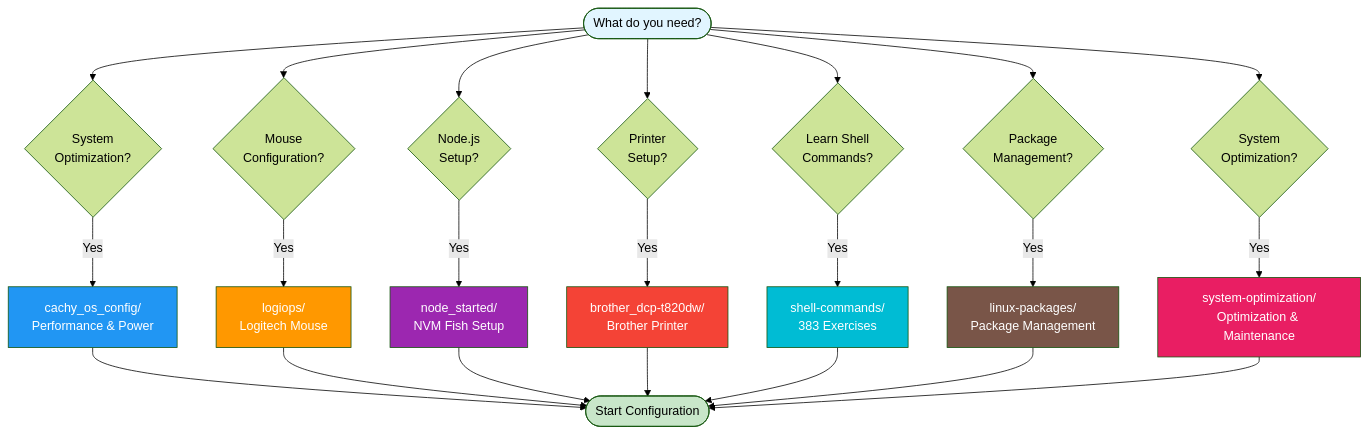
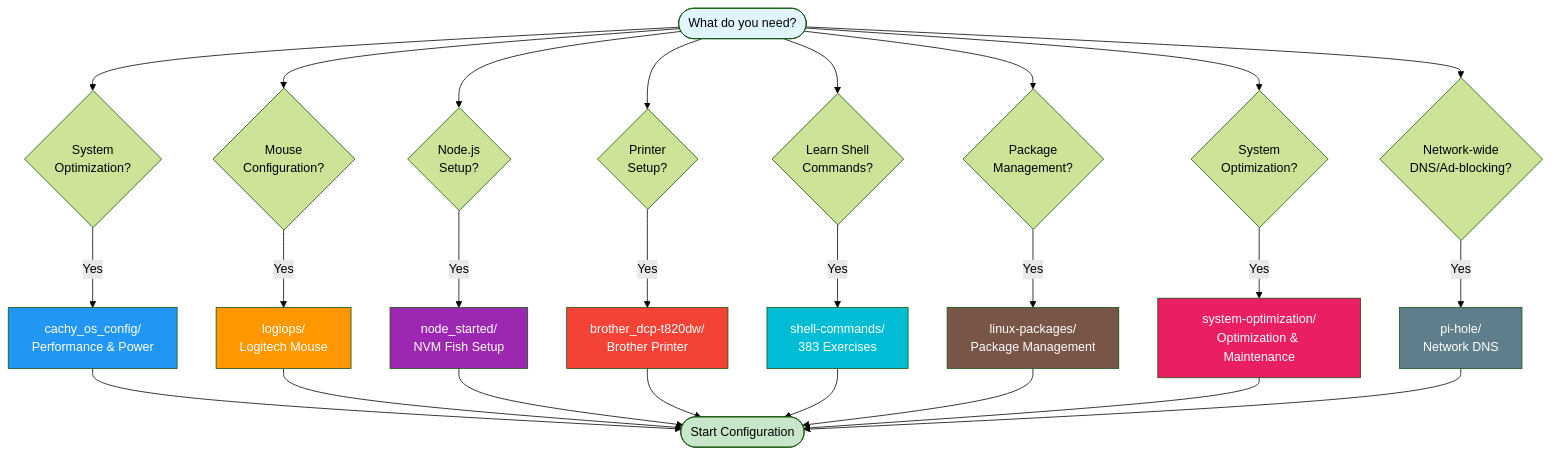
One commit to cjmaaz/ArchStarterPack changed the third of 3 diagrams in README.md. Above: the diagram before and after it, drawn with Mermaid (forest theme). The commit also changed other lines of this file and 8 other files, not shown here.

Commit message:
Add Pi-hole network DNS module with setup guide, router configuration, and advanced documentation for Unbound, IPv6, and hardcoded DNS blocking

````diff
--- a/README.md
+++ b/README.md
@@ -828,41 +867,46 @@
 ```mermaid
 flowchart TD
     Start([What do you need?]) --> Need1{System<br/>Optimization?}
     Need1 -->|Yes| CachyOS[cachy_os_config/<br/>Performance & Power]
 
     Start --> Need2{Mouse<br/>Configuration?}
     Need2 -->|Yes| LogiOps[logiops/<br/>Logitech Mouse]
 
     Start --> Need3{Node.js<br/>Setup?}
     Need3 -->|Yes| NodeJS[node_started/<br/>NVM Fish Setup]
 
     Start --> Need4{Printer<br/>Setup?}
     Need4 -->|Yes| Printer[brother_dcp-t820dw/<br/>Brother Printer]
 
     Start --> Need5{Learn Shell<br/>Commands?}
     Need5 -->|Yes| Shell[shell-commands/<br/>383 Exercises]
 
     Start --> Need6{Package<br/>Management?}
     Need6 -->|Yes| Packages[linux-packages/<br/>Package Management]
 
     Start --> Need7{System<br/>Optimization?}
     Need7 -->|Yes| Optimization[system-optimization/<br/>Optimization & Maintenance]
 
+    Start --> Need8{Network-wide<br/>DNS/Ad-blocking?}
+    Need8 -->|Yes| PiHole[pi-hole/<br/>Network DNS]
+
     CachyOS --> End([Start Configuration])
     LogiOps --> End
     NodeJS --> End
     Printer --> End
     Shell --> End
     Packages --> End
     Optimization --> End
+    PiHole --> End
 
     style Start fill:#e1f5ff
     style End fill:#c8e6c9
     style CachyOS fill:#2196f3,color:#fff
     style LogiOps fill:#ff9800,color:#fff
     style NodeJS fill:#9c27b0,color:#fff
     style Printer fill:#f44336,color:#fff
     style Shell fill:#00bcd4,color:#fff
     style Packages fill:#795548,color:#fff
     style Optimization fill:#e91e63,color:#fff
+    style PiHole fill:#607d8b,color:#fff
 ```
````
